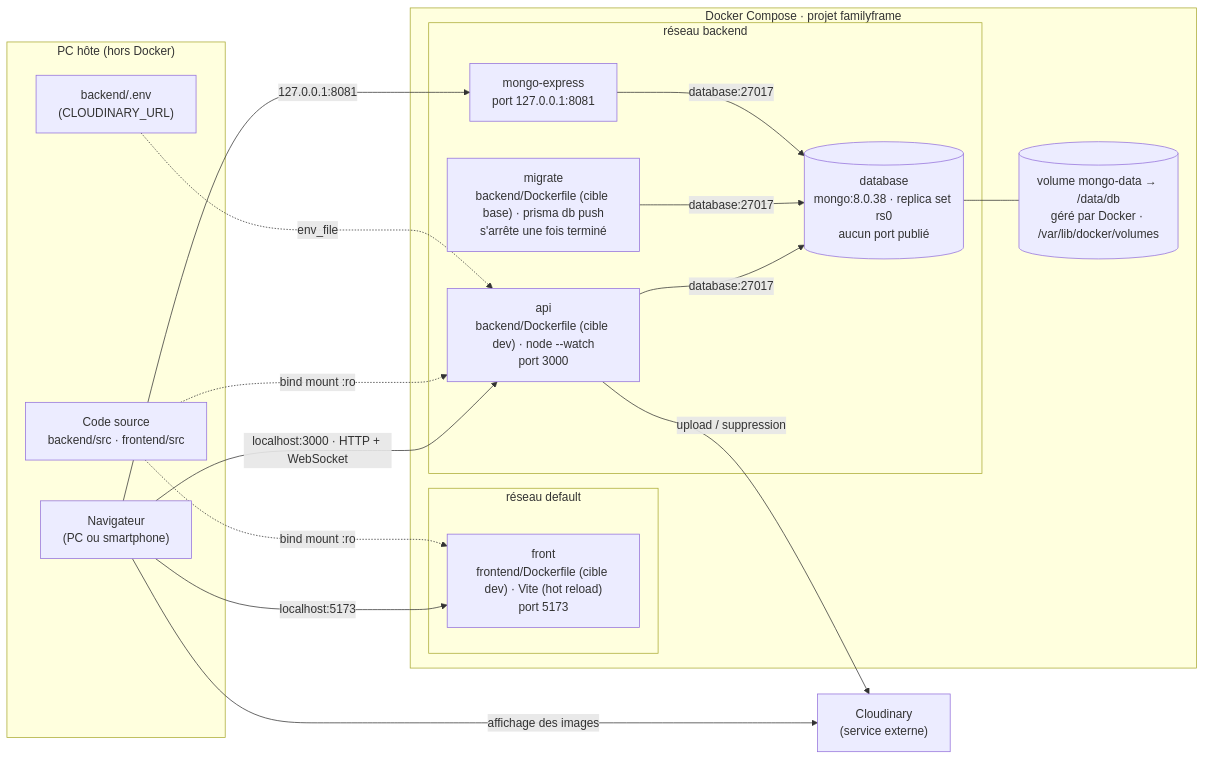
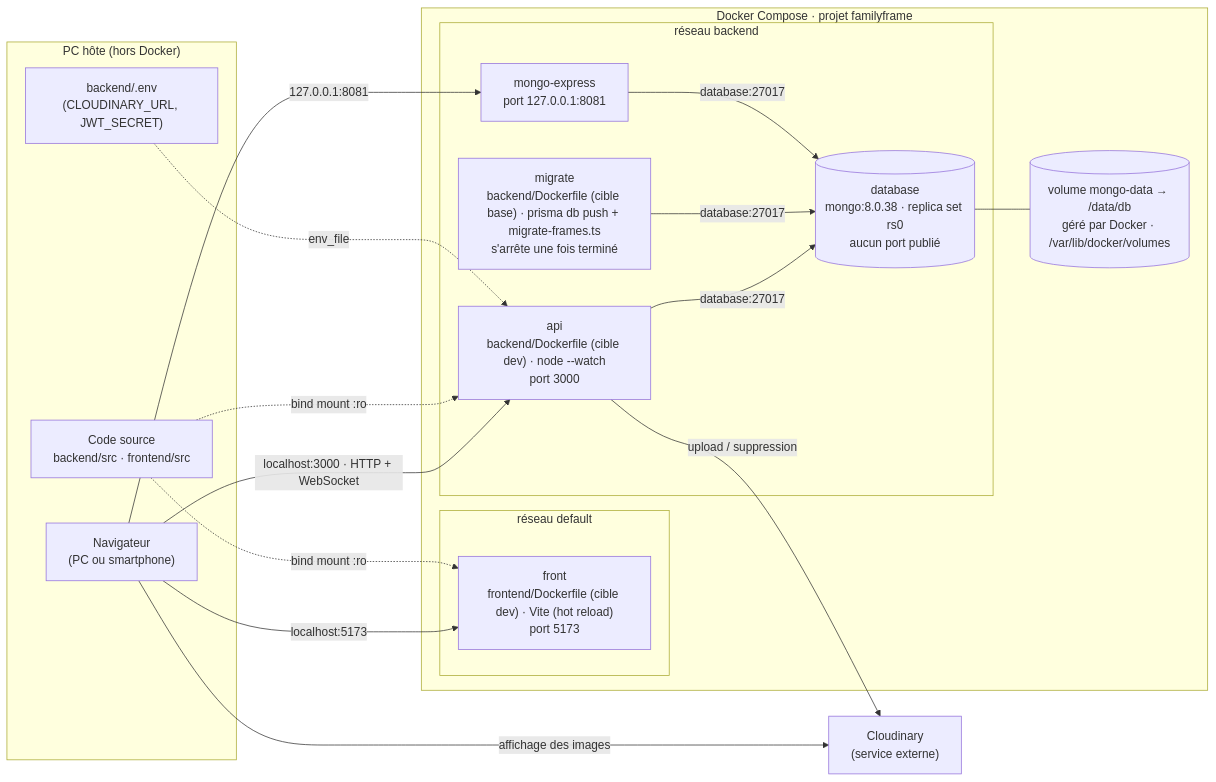
Before and after one commit to SIMPLON-DIST-CDA-260316/familyFrame-Jordan: the first of 4 diagrams in ARCHITECTURE.md, drawn with Mermaid. The commit also changed other lines of this file and 2 other files, not shown here.

Commit message:
docs(T24): README et ARCHITECTURE de la partie 2 (cadres, sessions, rooms, diagramme de séquence)

````diff
--- a/ARCHITECTURE.md
+++ b/ARCHITECTURE.md
@@ -14,36 +14,36 @@
 ```mermaid
 flowchart LR
   subgraph host["PC hôte (hors Docker)"]
     browser["Navigateur<br/>(PC ou smartphone)"]
     src["Code source<br/>backend/src · frontend/src"]
-    envfile["backend/.env<br/>(CLOUDINARY_URL)"]
+    envfile["backend/.env<br/>(CLOUDINARY_URL, JWT_SECRET)"]
   end
 
   subgraph compose["Docker Compose · projet familyframe"]
     subgraph netdefault["réseau default"]
       front["front<br/>frontend/Dockerfile (cible dev) · Vite (hot reload)<br/>port 5173"]
     end
     subgraph netbackend["réseau backend"]
       api["api<br/>backend/Dockerfile (cible dev) · node --watch<br/>port 3000"]
-      migrate["migrate<br/>backend/Dockerfile (cible base) · prisma db push<br/>s'arrête une fois terminé"]
+      migrate["migrate<br/>backend/Dockerfile (cible base) · prisma db push + migrate-frames.ts<br/>s'arrête une fois terminé"]
       database[("database<br/>mongo:8.0.38 · replica set rs0<br/>aucun port publié")]
       mongoexpress["mongo-express<br/>port 127.0.0.1:8081"]
     end
     vol[("volume mongo-data → /data/db<br/>géré par Docker · /var/lib/docker/volumes")]
   end
 
   cloudinary["Cloudinary<br/>(service externe)"]
 
   browser -- "localhost:5173" --> front
   browser -- "localhost:3000 · HTTP + WebSocket" --> api
   browser -- "127.0.0.1:8081" --> mongoexpress
   api -- "database:27017" --> database
   migrate -- "database:27017" --> database
   mongoexpress -- "database:27017" --> database
   database --- vol
   api -- "upload / suppression" --> cloudinary
   browser -- "affichage des images" --> cloudinary
   src -. "bind mount :ro" .-> api
   src -. "bind mount :ro" .-> front
   envfile -. "env_file" .-> api
 ```
````
